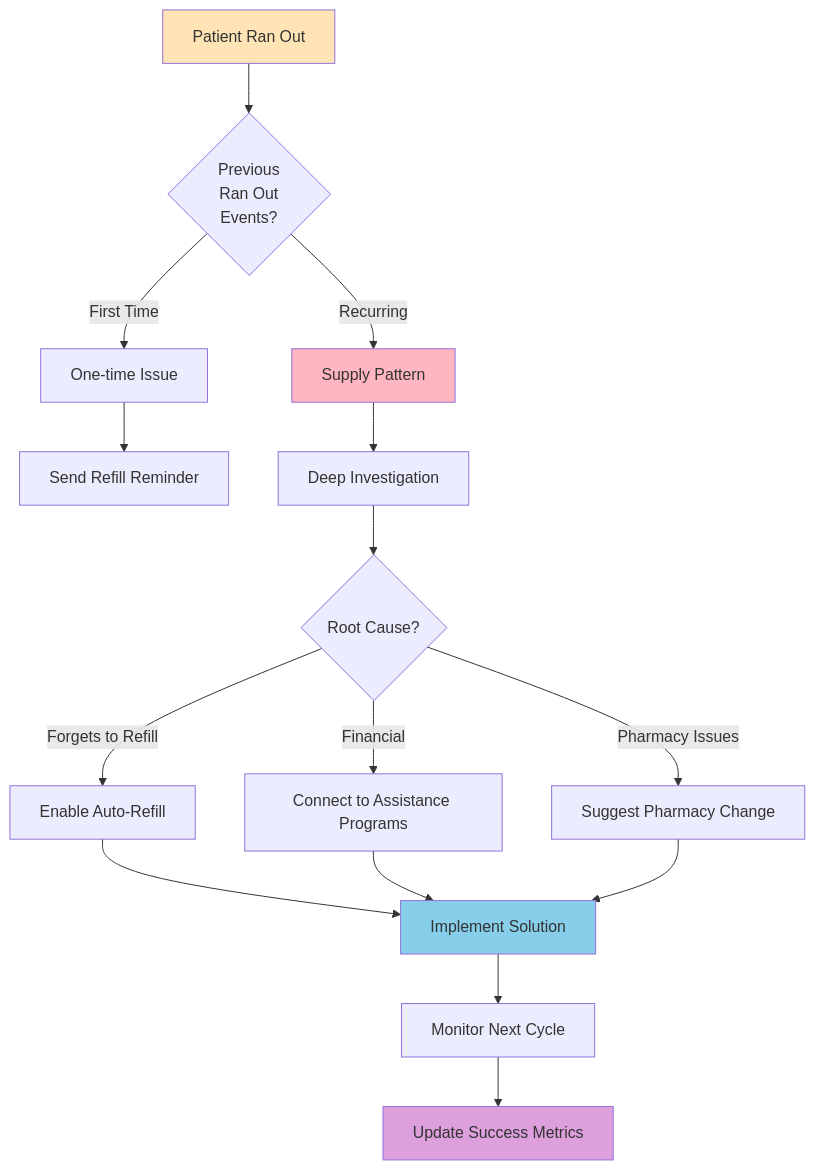
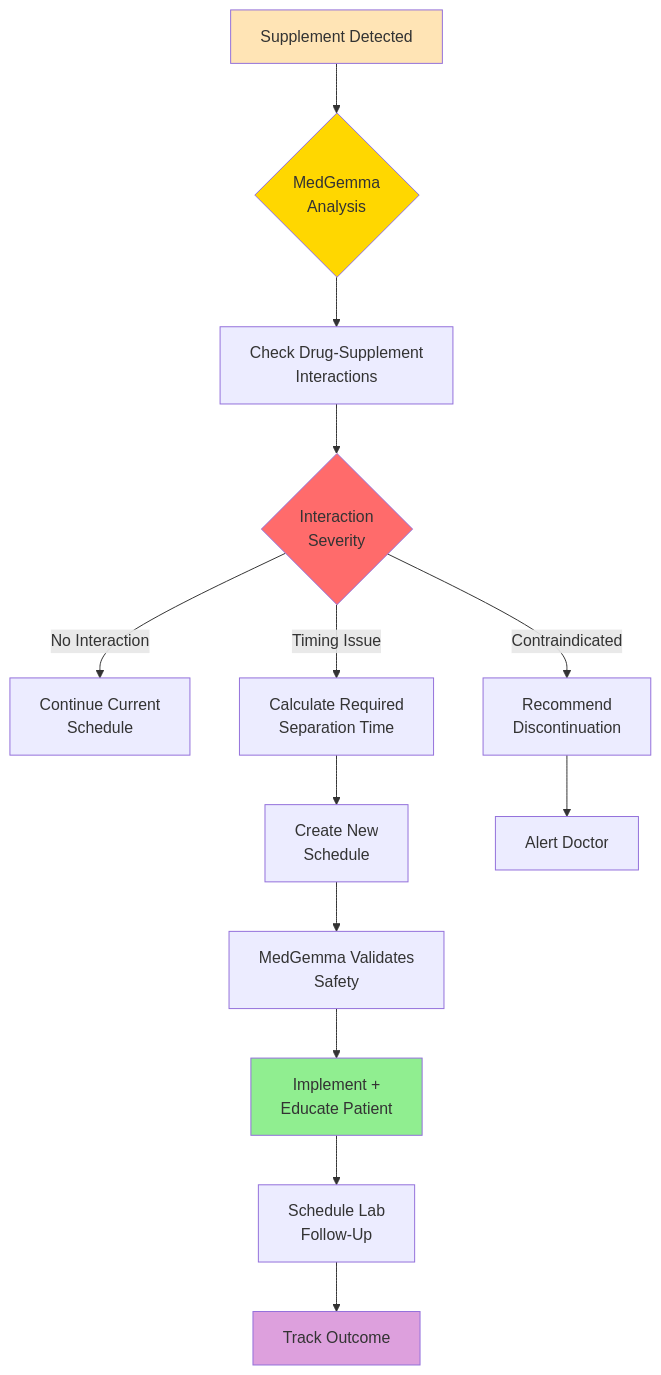
The fifth of 8 diagrams in docs/AGENTIC_FLOWS.md (raghulresearcher/kaggle_comp_medgemma), drawn with Mermaid before and after one commit. The commit also changed other lines of this file and 10 other files, not shown here.

First line of the commit message:
Feature: Replace scenarios with Timing Conflict & Supplement Interference

````diff
--- a/docs/AGENTIC_FLOWS.md
+++ b/docs/AGENTIC_FLOWS.md
@@ -196,26 +207,27 @@
 ```mermaid
 graph TD
-    Start[Patient Ran Out] --> CheckHistory{Previous<br/>Ran Out<br/>Events?}
-    CheckHistory -->|First Time| OneTime[One-time Issue]
-    CheckHistory -->|Recurring| Pattern[Supply Pattern]
+    Start[Supplement Detected] --> MedGemma{MedGemma<br/>Analysis}
     
-    OneTime --> BasicRefill[Send Refill Reminder]
-    Pattern --> Investigate[Deep Investigation]
+    MedGemma --> CheckInteraction[Check Drug-Supplement<br/>Interactions]
     
-    Investigate --> FindCause{Root Cause?}
-    FindCause -->|Forgets to Refill| AutoRefill[Enable Auto-Refill]
-    FindCause -->|Financial| Assistance[Connect to Assistance Programs]
-    FindCause -->|Pharmacy Issues| ChangePharmacy[Suggest Pharmacy Change]
+    CheckInteraction --> Severity{Interaction<br/>Severity}
     
-    AutoRefill --> Implement[Implement Solution]
-    Assistance --> Implement
-    ChangePharmacy --> Implement
+    Severity -->|No Interaction| Continue[Continue Current<br/>Schedule]
+    Severity -->|Timing Issue| Separate[Calculate Required<br/>Separation Time]
+    Severity -->|Contraindicated| Stop[Recommend<br/>Discontinuation]
     
-    Implement --> Monitor[Monitor Next Cycle]
-    Monitor --> Learn[Update Success Metrics]
+    Separate --> Schedule[Create New<br/>Schedule]
+    Schedule --> Validate[MedGemma Validates<br/>Safety]
+    
+    Validate --> Implement[Implement +<br/>Educate Patient]
+    Stop --> Doctor[Alert Doctor]
+    
+    Implement --> FollowUp[Schedule Lab<br/>Follow-Up]
+    FollowUp --> Learn[Track Outcome]
     
     style Start fill:#FFE4B5
-    style Pattern fill:#FFB6C1
-    style Implement fill:#87CEEB
+    style MedGemma fill:#FFD700
+    style Severity fill:#FF6B6B
+    style Implement fill:#90EE90
     style Learn fill:#DDA0DD
 ```
````
